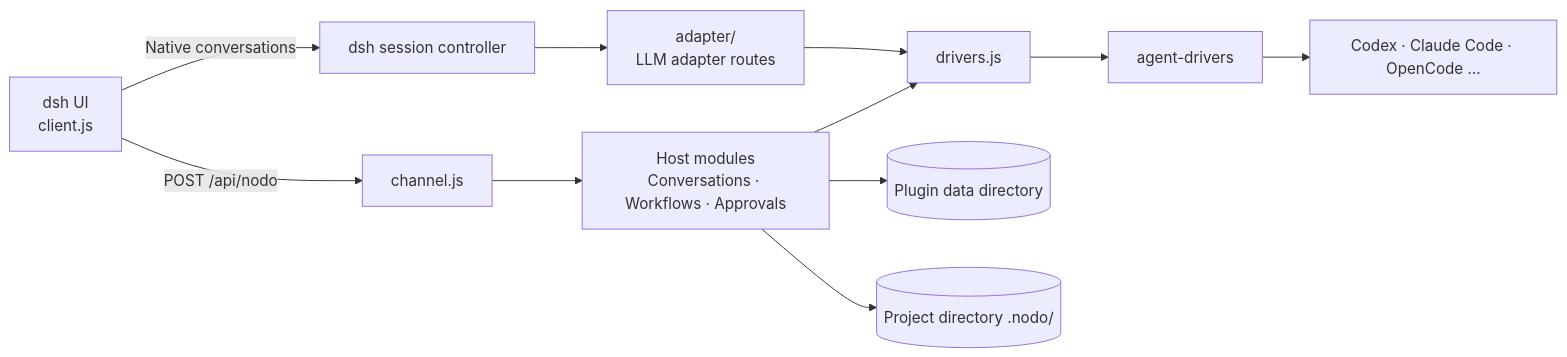
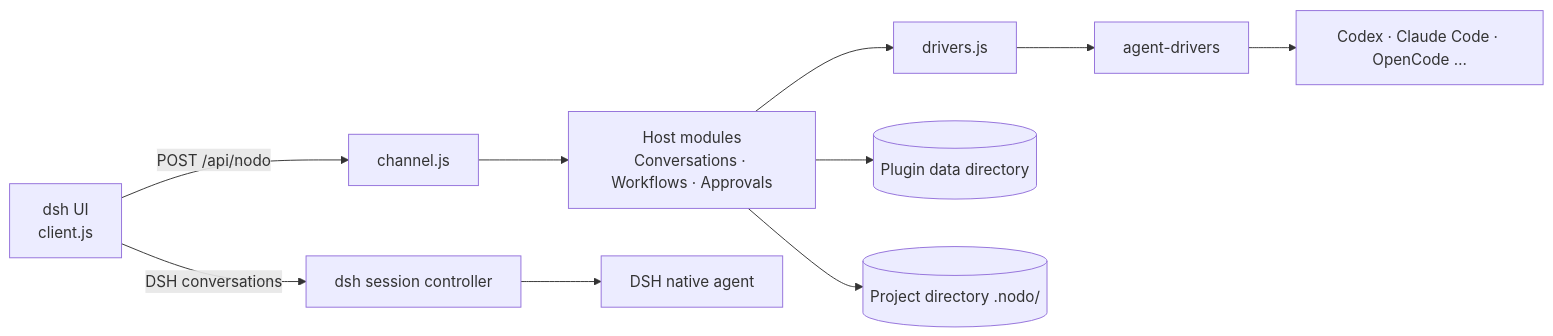
Before and after one commit to waikoeng234/Nodo: the diagram in docs/architecture.md, drawn with Mermaid. The commit also changed other lines of this file and 83 other files, not shown here.

Commit message:
Remove dsh native-session adapter route

````diff
--- a/docs/architecture.md
+++ b/docs/architecture.md
@@ -13,13 +13,12 @@
 ```mermaid
 flowchart LR
-    UI[dsh UI<br/>client.js] -->|Native conversations| S[dsh session controller]
+    UI[dsh UI<br/>client.js] -->|DSH conversations| S[dsh session controller]
     UI -->|POST /api/nodo| C[channel.js]
-    S --> AR[adapter/<br/>LLM adapter routes]
     C --> H[Host modules<br/>Conversations · Workflows · Approvals]
-    AR --> D[drivers.js]
-    H --> D
+    S --> ESH[DSH native agent]
+    H --> D[drivers.js]
     D --> AD[agent-drivers]
     AD --> E[Codex · Claude Code · OpenCode …]
     H --> F[(Plugin data directory)]
     H --> P[(Project directory .nodo/)]
 ```
````
